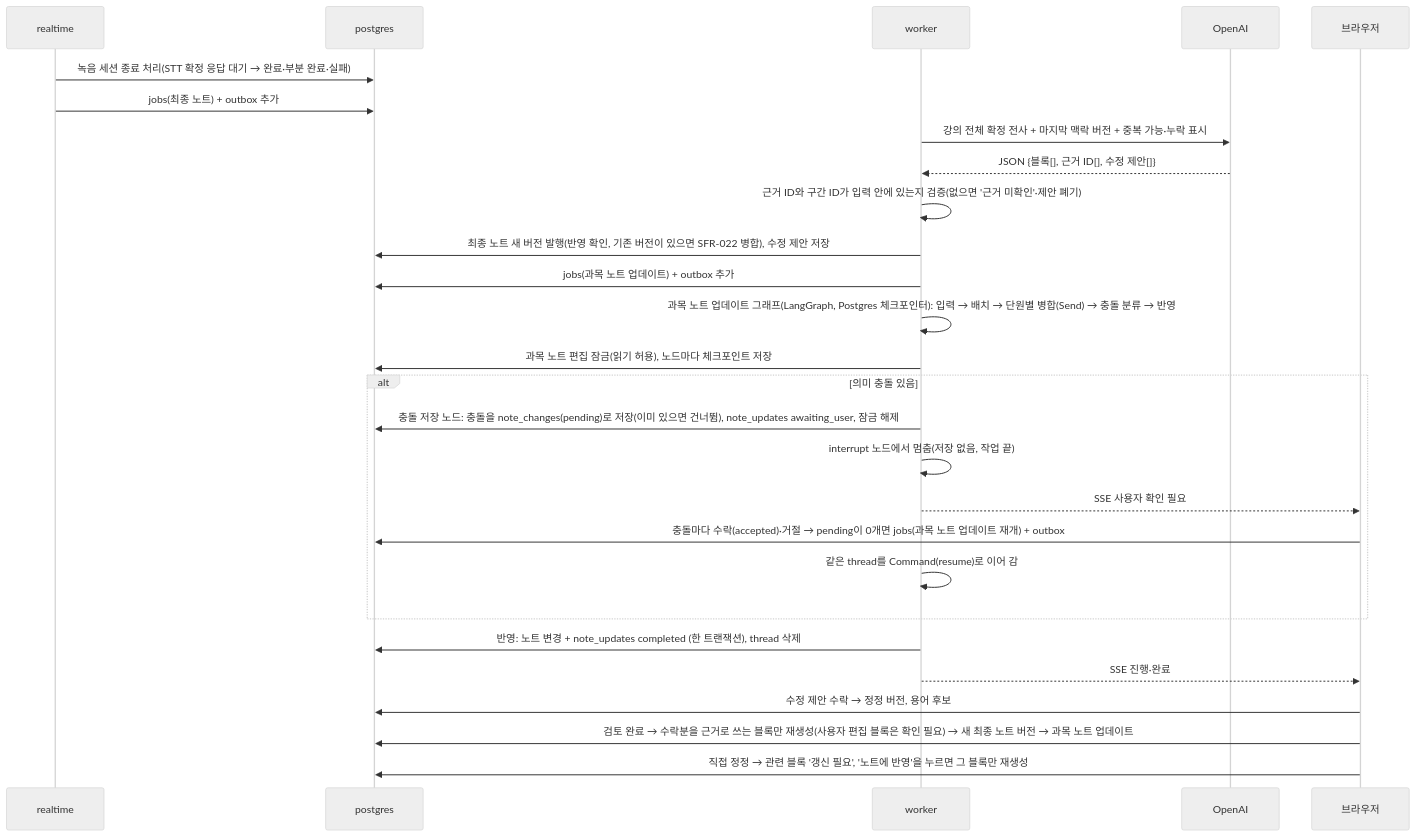
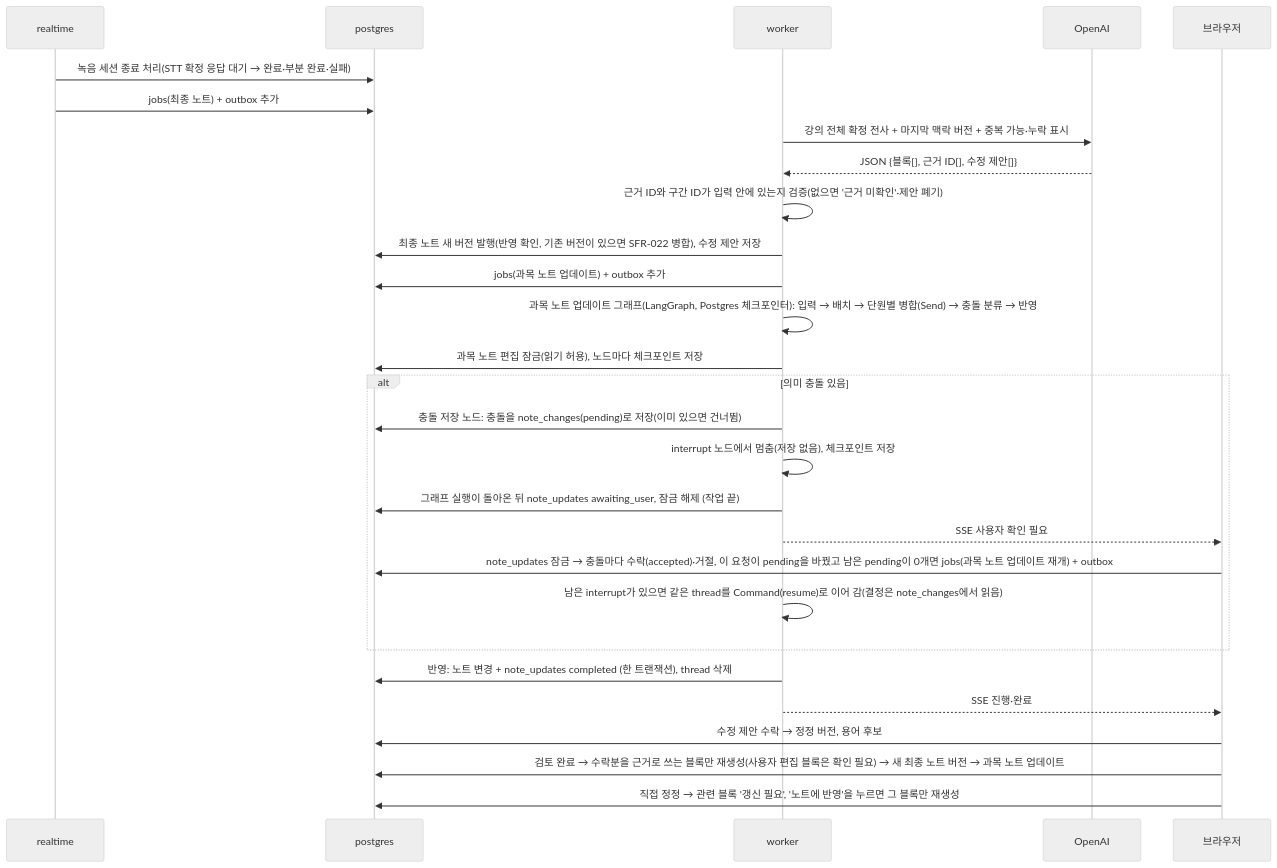
The sixth of 11 diagrams in docs/architecture.md (MinGyu-Kim0/notree), drawn with Mermaid (neutral theme) before and after one commit. The commit also changed other lines of this file and 3 other files, not shown here.

````diff
--- a/docs/architecture.md
+++ b/docs/architecture.md
@@ -189,29 +190,30 @@
 ```mermaid
 sequenceDiagram
   participant R as realtime
   participant P as postgres
   participant K as worker
   participant CL as OpenAI
   participant B as 브라우저
   R->>P: 녹음 세션 종료 처리(STT 확정 응답 대기 → 완료·부분 완료·실패)
   R->>P: jobs(최종 노트) + outbox 추가
   K->>CL: 강의 전체 확정 전사 + 마지막 맥락 버전 + 중복 가능·누락 표시
   CL-->>K: JSON {블록[], 근거 ID[], 수정 제안[]}
   K->>K: 근거 ID와 구간 ID가 입력 안에 있는지 검증(없으면 '근거 미확인'·제안 폐기)
   K->>P: 최종 노트 새 버전 발행(반영 확인, 기존 버전이 있으면 SFR-022 병합), 수정 제안 저장
   K->>P: jobs(과목 노트 업데이트) + outbox 추가
   K->>K: 과목 노트 업데이트 그래프(LangGraph, Postgres 체크포인터): 입력 → 배치 → 단원별 병합(Send) → 충돌 분류 → 반영
   K->>P: 과목 노트 편집 잠금(읽기 허용), 노드마다 체크포인트 저장
   alt 의미 충돌 있음
-    K->>P: 충돌 저장 노드: 충돌을 note_changes(pending)로 저장(이미 있으면 건너뜀), note_updates awaiting_user, 잠금 해제
-    K->>K: interrupt 노드에서 멈춤(저장 없음, 작업 끝)
+    K->>P: 충돌 저장 노드: 충돌을 note_changes(pending)로 저장(이미 있으면 건너뜀)
+    K->>K: interrupt 노드에서 멈춤(저장 없음), 체크포인트 저장
+    K->>P: 그래프 실행이 돌아온 뒤 note_updates awaiting_user, 잠금 해제 (작업 끝)
     K-->>B: SSE 사용자 확인 필요
-    B->>P: 충돌마다 수락(accepted)·거절 → pending이 0개면 jobs(과목 노트 업데이트 재개) + outbox
-    K->>K: 같은 thread를 Command(resume)로 이어 감
+    B->>P: note_updates 잠금 → 충돌마다 수락(accepted)·거절, 이 요청이 pending을 바꿨고 남은 pending이 0개면 jobs(과목 노트 업데이트 재개) + outbox
+    K->>K: 남은 interrupt가 있으면 같은 thread를 Command(resume)로 이어 감(결정은 note_changes에서 읽음)
   end
   K->>P: 반영: 노트 변경 + note_updates completed (한 트랜잭션), thread 삭제
   K-->>B: SSE 진행·완료
   B->>P: 수정 제안 수락 → 정정 버전, 용어 후보
   B->>P: 검토 완료 → 수락분을 근거로 쓰는 블록만 재생성(사용자 편집 블록은 확인 필요) → 새 최종 노트 버전 → 과목 노트 업데이트
   B->>P: 직접 정정 → 관련 블록 '갱신 필요', '노트에 반영'을 누르면 그 블록만 재생성
 ```
````
